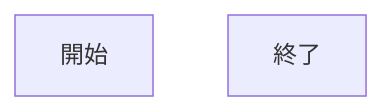
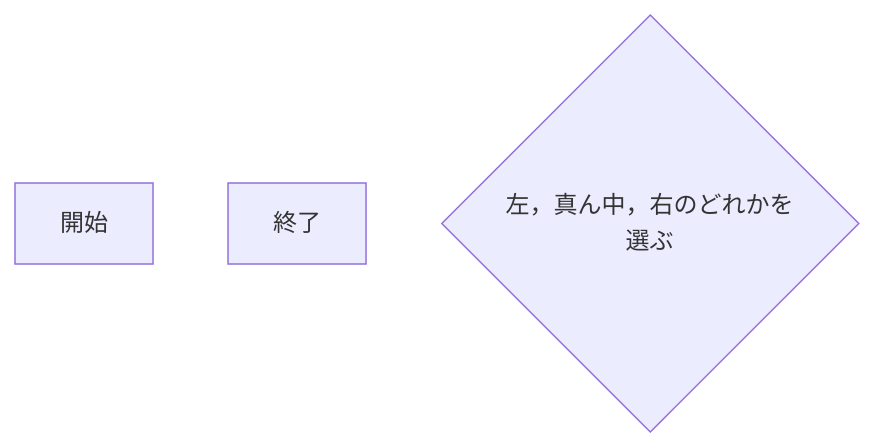
Before and after one commit to km919/webpro_06: the ninth of 9 diagrams in README.md, drawn with Mermaid.

Commit message:
11/18の13:38に編集済

````diff
--- a/README.md
+++ b/README.md
@@ -328,5 +328,6 @@
 ```mermaid
 flowchart TD;
 start["開始"];
 end1["終了"]
+if{"左，真ん中，右のどれかを選ぶ"}
 ```
````
